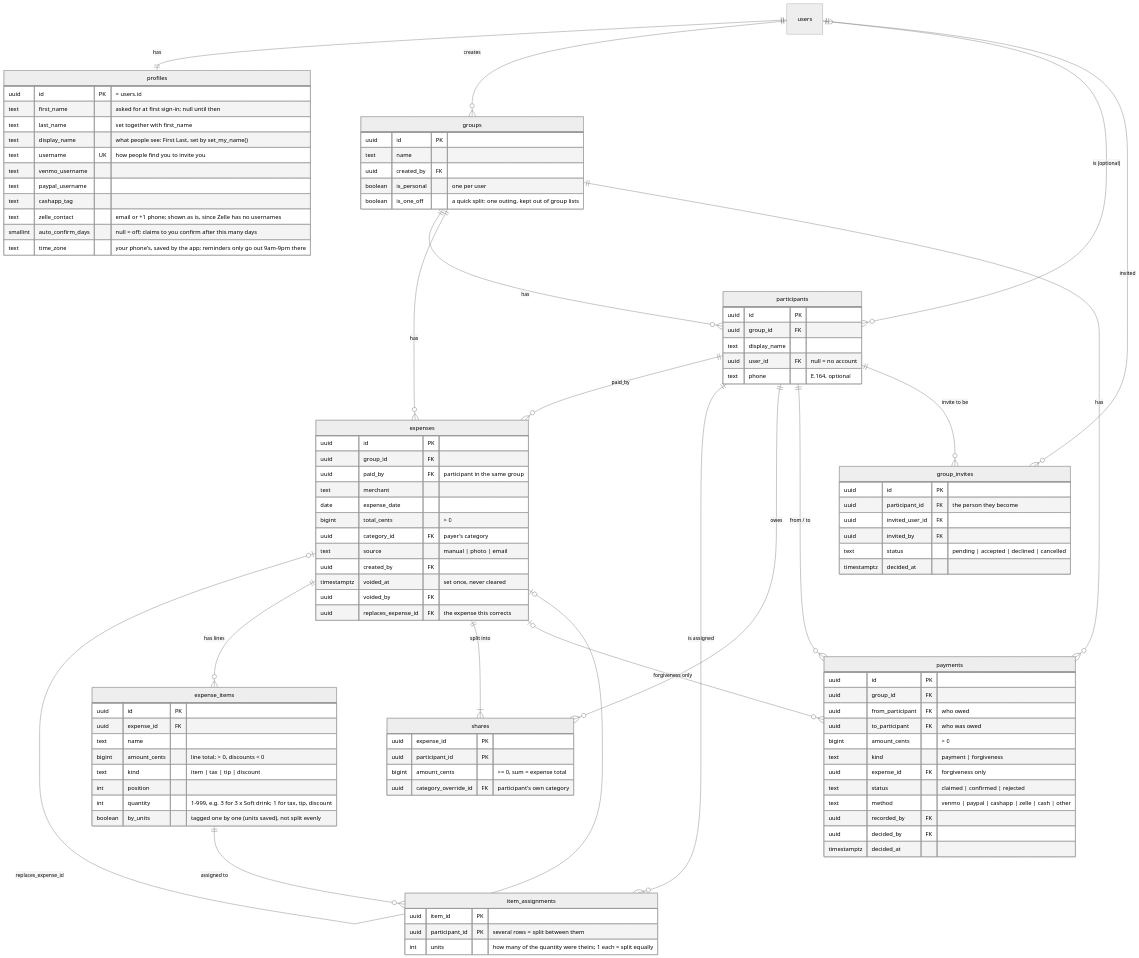
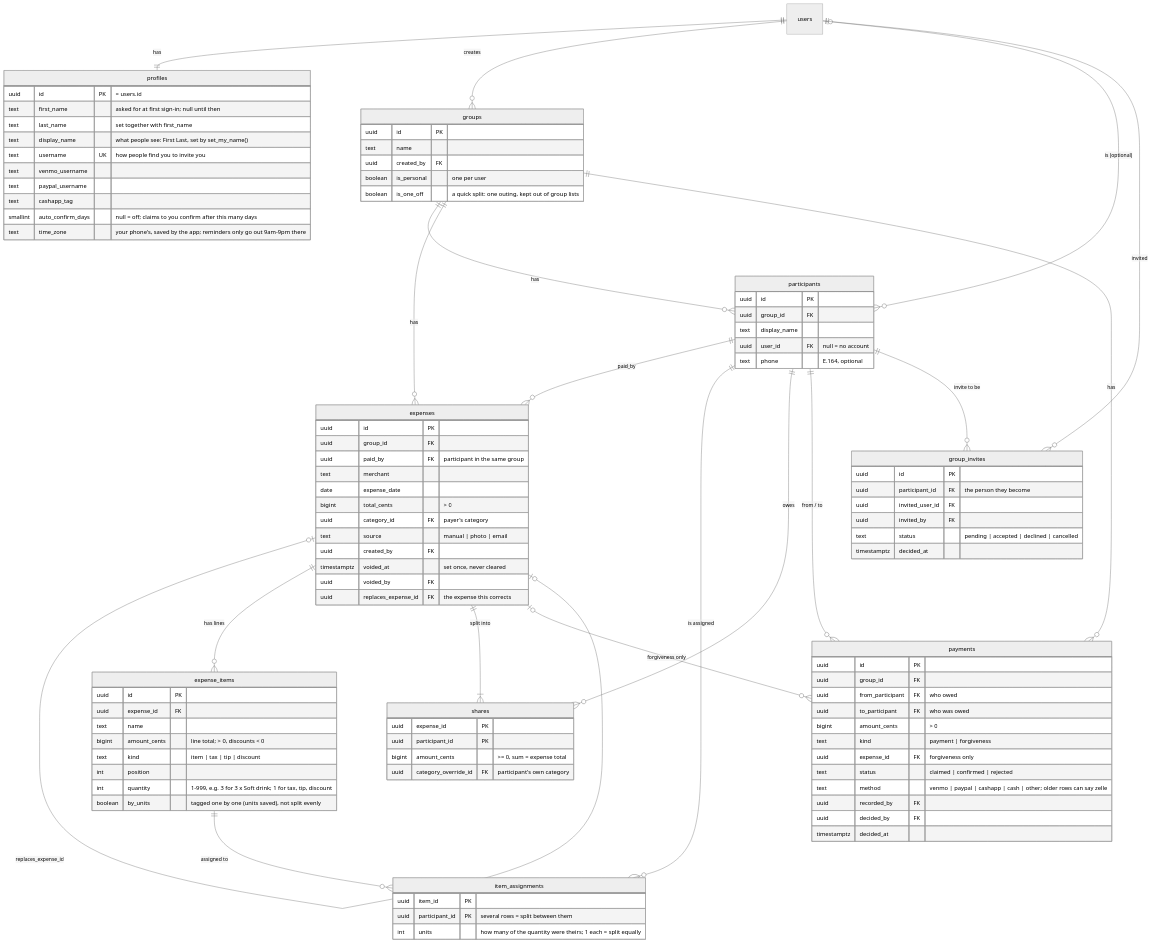
Before and after one commit to liyou2001/spendly: the first of 5 diagrams in DATA_MODEL.md, drawn with Mermaid (neutral theme). The commit also changed 17 other files, not shown here.

```diff
--- a/DATA_MODEL.md
+++ b/DATA_MODEL.md
@@ -39,7 +39,6 @@
         text venmo_username
         text paypal_username
         text cashapp_tag
-        text zelle_contact "email or +1 phone; shown as is, since Zelle has no usernames"
         smallint auto_confirm_days "null = off; claims to you confirm after this many days"
         text time_zone "your phone's, saved by the app; reminders only go out 9am-9pm there"
     }
@@ -101,7 +100,7 @@
         text kind "payment | forgiveness"
         uuid expense_id FK "forgiveness only"
         text status "claimed | confirmed | rejected"
-        text method "venmo | paypal | cashapp | zelle | cash | other"
+        text method "venmo | paypal | cashapp | cash | other; older rows can say zelle"
         uuid recorded_by FK
         uuid decided_by FK
         timestamptz decided_at
```
